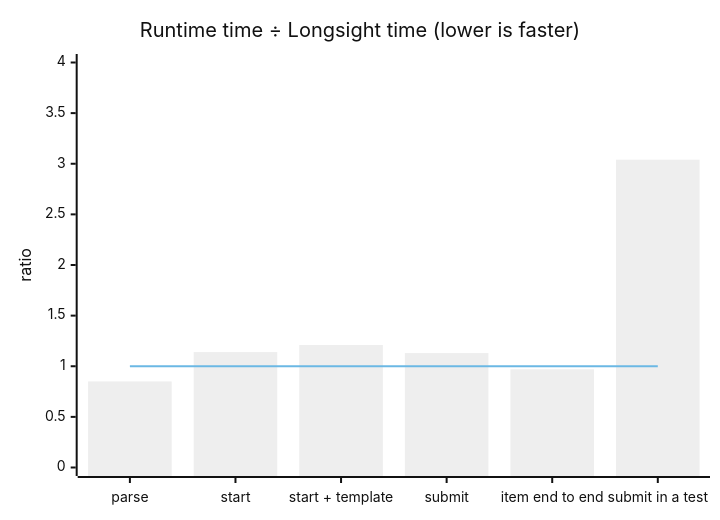
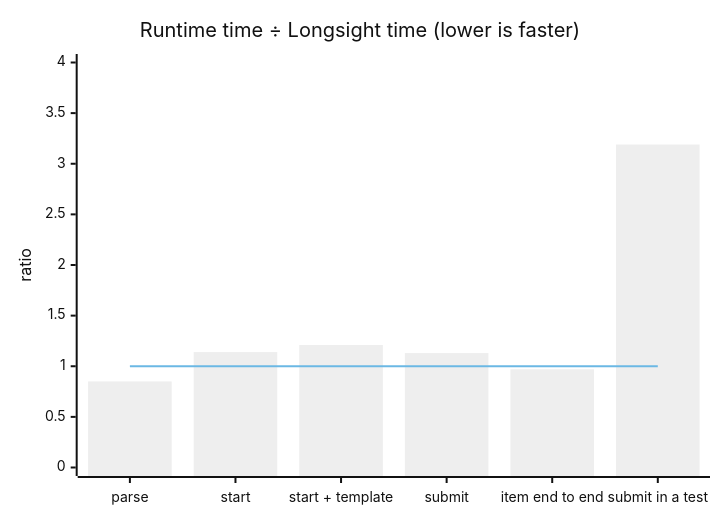
The diagram in docs/runtime/performance.md (assesskit/assesskit), drawn with Mermaid (neutral theme) before and after one commit. The commit also changed other lines of this file and 2 other files, not shown here.

````diff
--- a/docs/runtime/performance.md
+++ b/docs/runtime/performance.md
@@ -11,8 +11,8 @@
 ```mermaid
 xychart-beta
   title "Runtime time ÷ Longsight time (lower is faster)"
   x-axis ["parse", "start", "start + template", "submit", "item end to end", "submit in a test"]
   y-axis "ratio" 0 --> 4
-  bar [0.85, 1.14, 1.21, 1.13, 0.97, 3.04]
+  bar [0.85, 1.14, 1.21, 1.13, 0.97, 3.19]
   line [1, 1, 1, 1, 1, 1]
 ```
````
